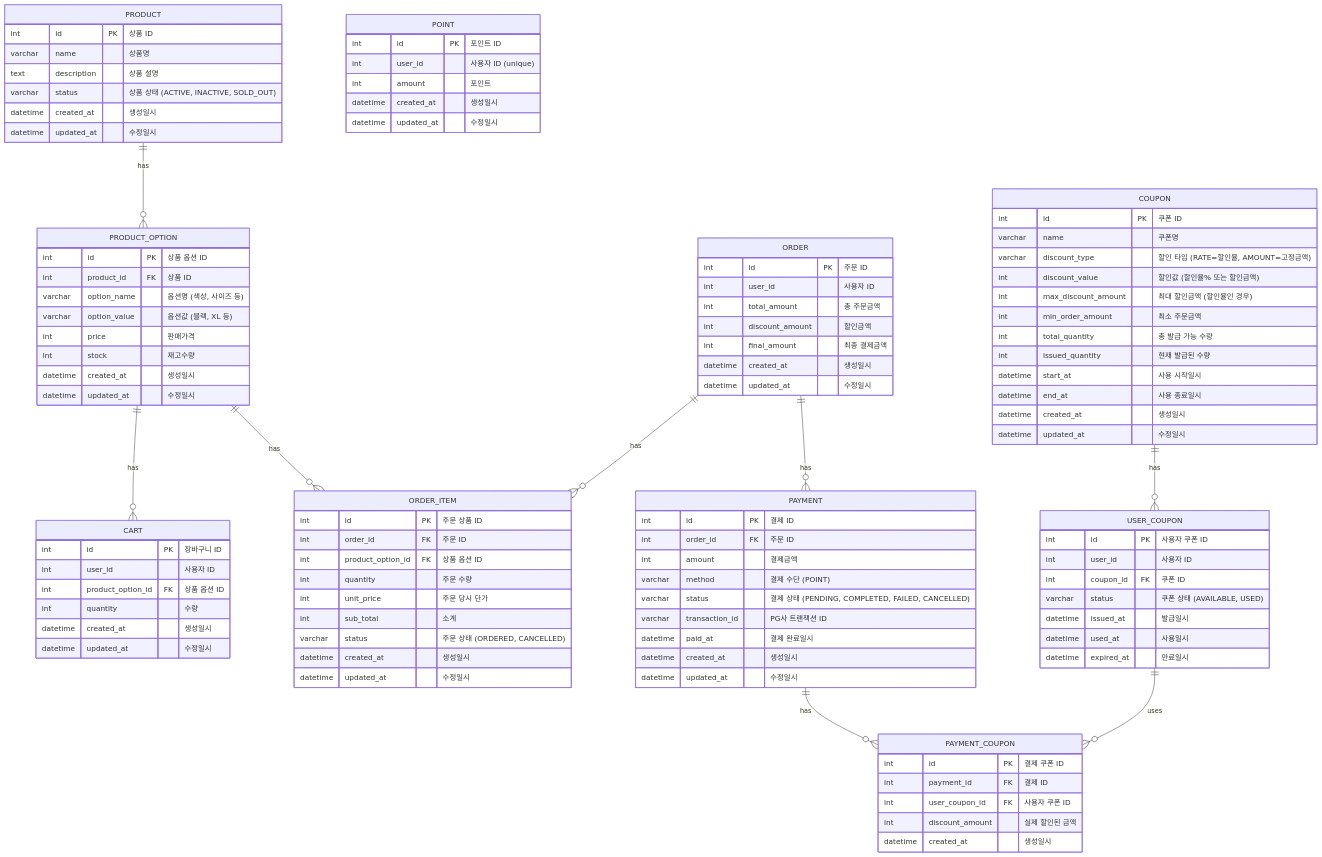
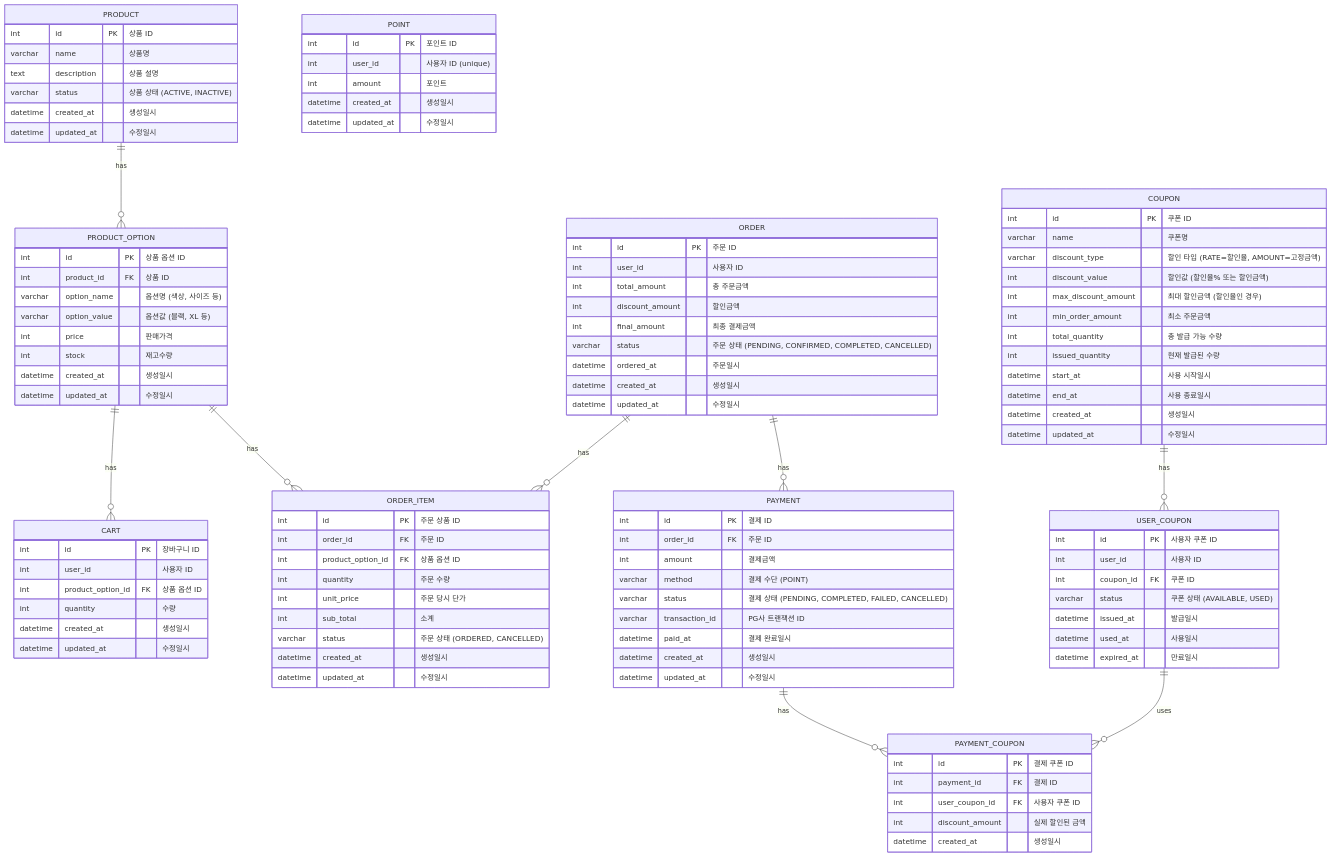
The diagram in docs/api/data-models.md (hye-ung97/hh-e-commerce), drawn with Mermaid before and after one commit. The commit also changed other lines of this file and 13 other files, not shown here.

```diff
--- a/docs/api/data-models.md
+++ b/docs/api/data-models.md
@@ -6,7 +6,7 @@
         int id PK "상품 ID"
         varchar name "상품명"
         text description "상품 설명"
-        varchar status "상품 상태 (ACTIVE, INACTIVE, SOLD_OUT)"
+        varchar status "상품 상태 (ACTIVE, INACTIVE)"
         datetime created_at "생성일시"
         datetime updated_at "수정일시"
     }
@@ -37,6 +37,8 @@
         int total_amount "총 주문금액"
         int discount_amount "할인금액"
         int final_amount "최종 결제금액"
+        varchar status "주문 상태 (PENDING, CONFIRMED, COMPLETED, CANCELLED)"
+        datetime ordered_at "주문일시"
         datetime created_at "생성일시"
         datetime updated_at "수정일시"
     }
```
